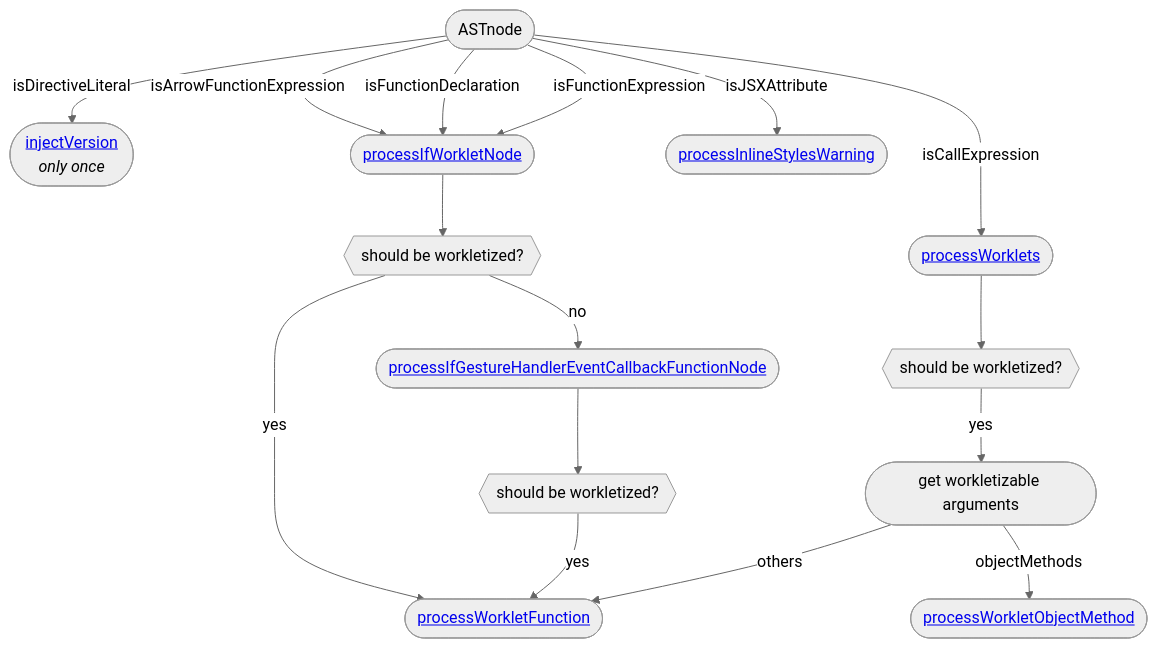
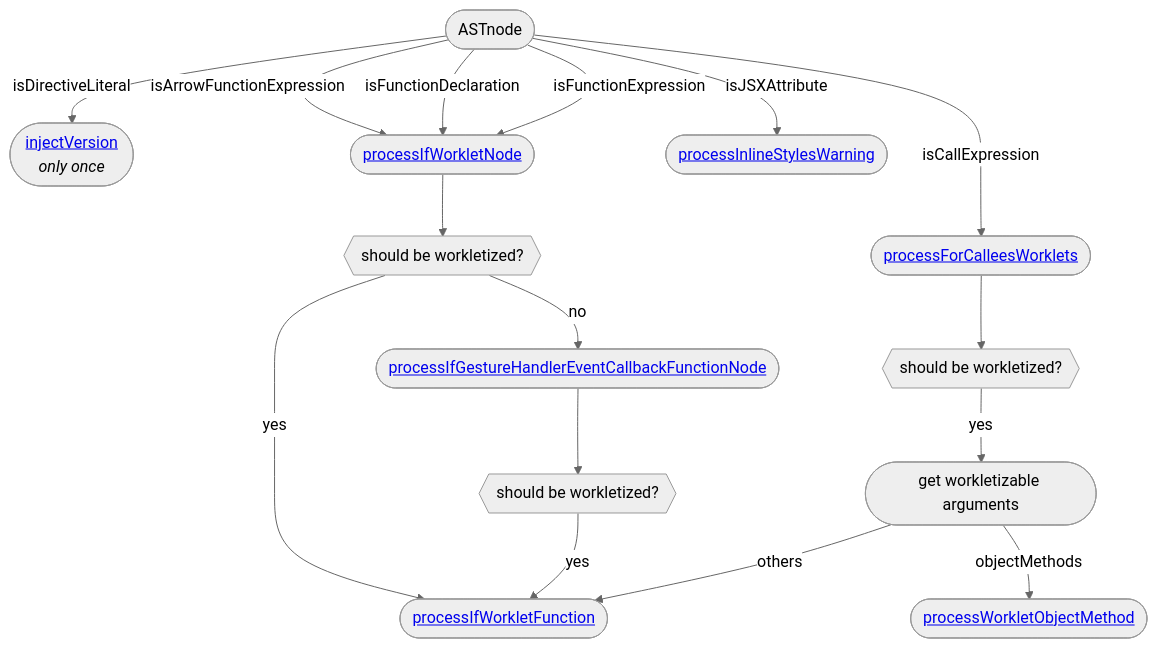
The second of 2 diagrams in plugin/README.md (mccoyplayer/animation), drawn with Mermaid (neutral theme) before and after one commit. The commit also changed 8 other files, not shown here.

````diff
--- a/plugin/README.md
+++ b/plugin/README.md
@@ -158,30 +158,30 @@
 ```mermaid
 flowchart TB
 node([ASTnode])
 iv([<a href='https://github.com/software-mansion/react-native-reanimated/tree/main/plugin/src/injectVersion.ts'>injectVersion</a><br><i>only once</i>])
-pw([<a href='https://github.com/software-mansion/react-native-reanimated/tree/main/plugin/src/processWorklets.ts'>processWorklets</a>])
+pw([<a href='https://github.com/software-mansion/react-native-reanimated/tree/main/plugin/src/processForCalleesWorklets.ts'>processForCalleesWorklets</a>])
 pwsbw{{should be workletized?}}
 pwgwa([get workletizable arguments])
 pwn([<a href='https://github.com/software-mansion/react-native-reanimated/tree/main/plugin/src/processIfWorkletNode.ts'>processIfWorkletNode</a>])
 pwnsbw{{should be workletized?}}
 pgh([<a href='https://github.com/software-mansion/react-native-reanimated/tree/main/plugin/src/processIfGestureHandlerEventCallbackFunctionNode.ts'>processIfGestureHandlerEventCallbackFunctionNode</a>])
 pghsbw{{should be workletized?}}
-pwf([<a href='https://github.com/software-mansion/react-native-reanimated/tree/main/plugin/src/processWorkletFunction.ts'>processWorkletFunction</a>])
+pwf([<a href='https://github.com/software-mansion/react-native-reanimated/tree/main/plugin/src/processIfWorkletFunction.ts'>processIfWorkletFunction</a>])
 pwom([<a href='https://github.com/software-mansion/react-native-reanimated/tree/main/plugin/src/processWorkletObjectMethod.ts'>processWorkletObjectMethod</a>])
 pisw([<a href='https://github.com/software-mansion/react-native-reanimated/tree/main/plugin/src/processInlineStylesWarning.ts'>processInlineStylesWarning</a>])
 node-->|isDirectiveLiteral|iv
 node-->|isCallExpression|pw
 node-->|isArrowFunctionExpression|pwn
 node-->|isFunctionDeclaration|pwn
 node-->|isFunctionExpression|pwn
 node-->|isJSXAttribute|pisw
 pwn-->pwnsbw
 pwnsbw-->|yes|pwf
 pwnsbw-->|no|pgh
 pgh-->pghsbw
 pghsbw-->|yes|pwf
 pw-->pwsbw
 pwsbw-->|yes|pwgwa
 pwgwa-->|others|pwf
 pwgwa-->|objectMethods|pwom
 ```
````
